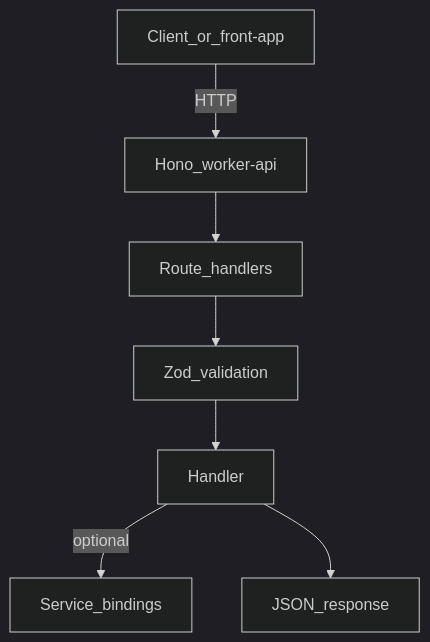
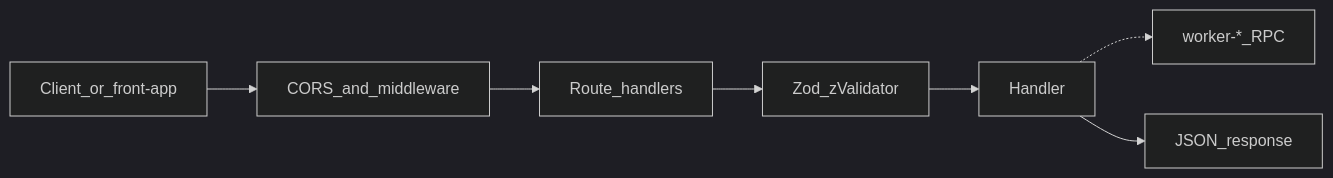
The diagram in apps/worker-api/README.md (louisbrulenaudet/monorepo-template), drawn with Mermaid (dark theme) before and after one commit. The commit also changed other lines of this file and 18 other files, not shown here.

````diff
--- a/apps/worker-api/README.md
+++ b/apps/worker-api/README.md
@@ -109,9 +53,9 @@
 ```mermaid
-flowchart TD
-  Client[Client_or_front-app] -->|"HTTP"| Hono[Hono_worker-api]
-  Hono --> Routes[Route_handlers]
-  Routes --> Zod[Zod_validation]
-  Zod --> Handler[Handler]
-  Handler -->|optional| Bindings[Service_bindings]
-  Handler --> JSON[JSON_response]
+flowchart LR
+  Client["Client_or_front-app"] --> Mw["CORS_and_middleware"]
+  Mw --> Routes["Route_handlers"]
+  Routes --> Zod["Zod_zValidator"]
+  Zod --> Handler["Handler"]
+  Handler -.-> Rpc["worker-*_RPC"]
+  Handler --> JSON["JSON_response"]
 ```
````
